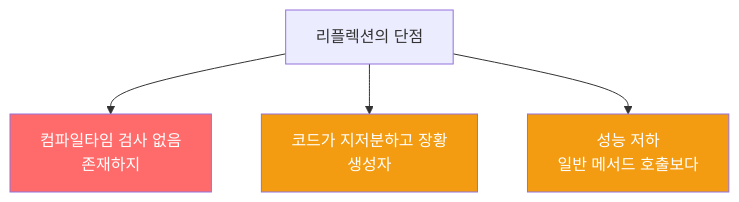
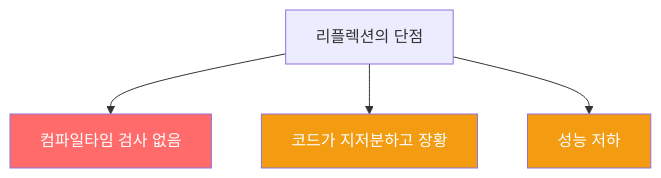
One commit to yjkim2015/yjkim2015.github.io changed the diagram in _posts/java/2022-02-13-effective-java65.md. Above: the diagram before and after it, drawn with Mermaid. The commit also changed 217 other files, not shown here.

First line of the commit message:
Mermaid 크기 수정: useMaxWidth:true + SVG max-width:100% + 라벨 축소

````diff
--- a/_posts/java/2022-02-13-effective-java65.md
+++ b/_posts/java/2022-02-13-effective-java65.md
@@ -44,9 +44,9 @@
 ```mermaid
 graph TD
-    A["리플렉션의 단점"] --> B["컴파일타임 검사 없음\n존재하지"]
-    A --> C["코드가 지저분하고 장황\n생성자"]
-    A --> D["성능 저하\n일반 메서드 호출보다"]
+    A["리플렉션의 단점"] --> B["컴파일타임 검사 없음"]
+    A --> C["코드가 지저분하고 장황"]
+    A --> D["성능 저하"]
     style B fill:#ff6b6b,color:#fff
     style C fill:#f39c12,color:#fff
     style D fill:#f39c12,color:#fff
 ```
````
